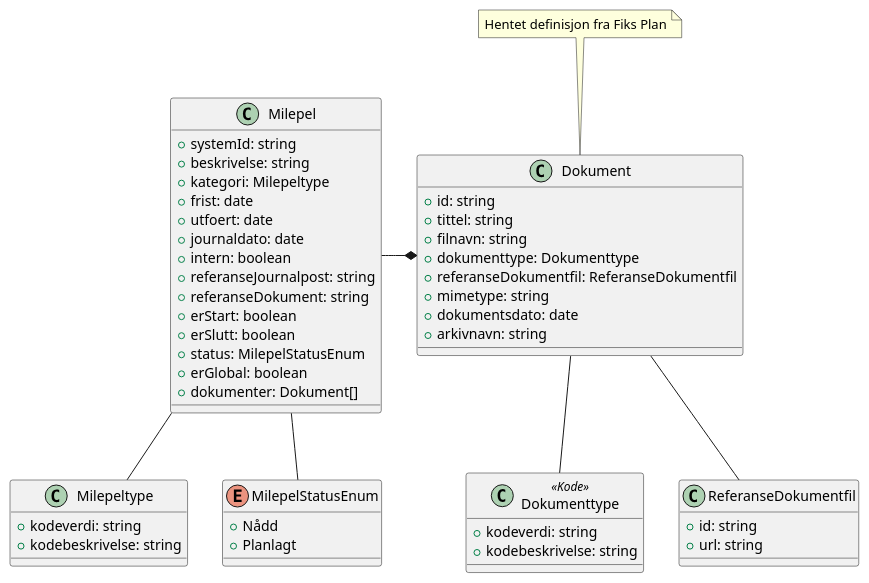
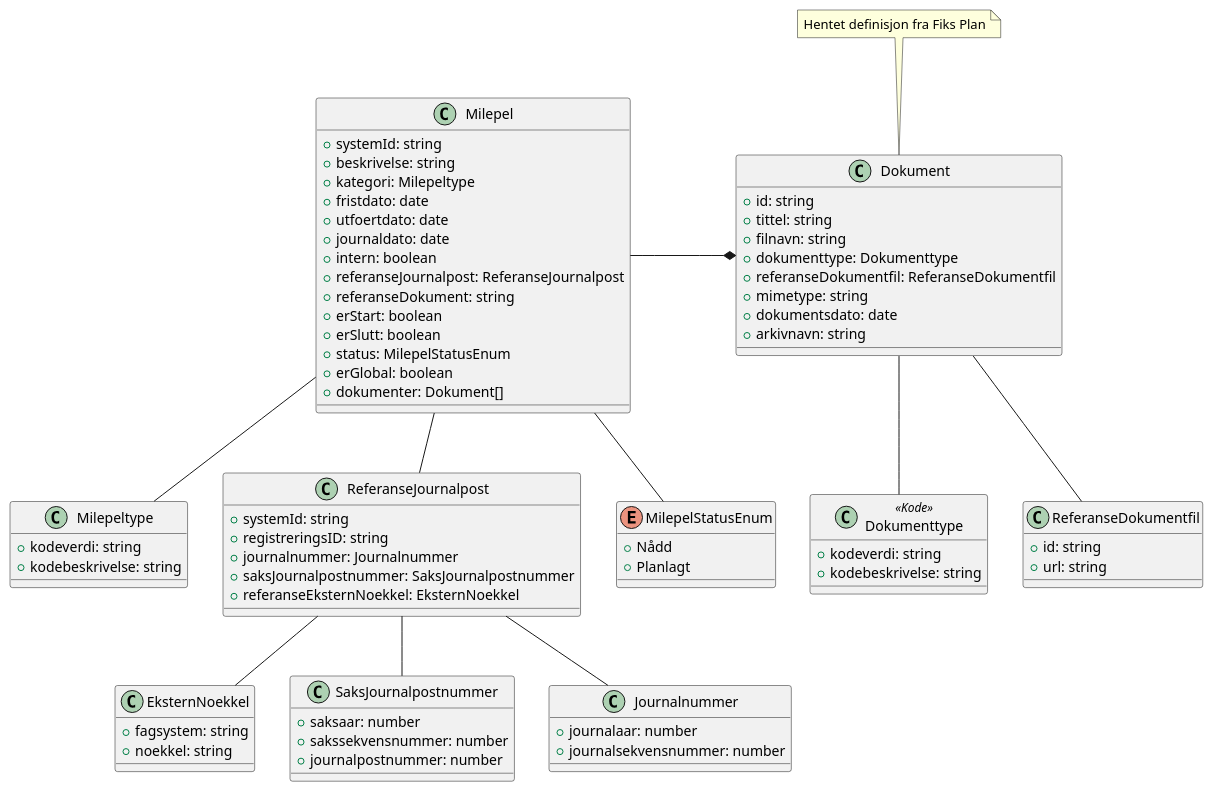
The diagram in Dokumentasjon/V1/ClassDiagrams/no.ks.fiks.saksfaser.v1.felles.milepel/classdiagram.pu (ks-no/fiks-saksfaser-specification), drawn with PlantUML before and after one commit. The commit also changed 14 other files, not shown here.

```diff
--- a/Dokumentasjon/V1/ClassDiagrams/no.ks.fiks.saksfaser.v1.felles.milepel/classdiagram.pu
+++ b/Dokumentasjon/V1/ClassDiagrams/no.ks.fiks.saksfaser.v1.felles.milepel/classdiagram.pu
@@ -1,63 +1,92 @@
 @startuml
 
 class Milepel {
     +systemId: string
     +beskrivelse: string
     +kategori: Milepeltype
-    +frist: date
-    +utfoert: date
+    +fristdato: date
+    +utfoertdato: date
     +journaldato: date
     +intern: boolean
-    +referanseJournalpost: string
+    +referanseJournalpost: ReferanseJournalpost
     +referanseDokument: string
     +erStart: boolean
     +erSlutt: boolean
     +status: MilepelStatusEnum
     +erGlobal: boolean
     +dokumenter: Dokument[]
 }
 
 Milepel -- Milepeltype
 
 class Milepeltype {
     +kodeverdi: string
     +kodebeskrivelse: string
 }
 
+Milepel -- ReferanseJournalpost
+
+class ReferanseJournalpost {
+    +systemId: string
+    +registreringsID: string
+    +journalnummer: Journalnummer
+    +saksJournalpostnummer: SaksJournalpostnummer
+    +referanseEksternNoekkel: EksternNoekkel
+}
+
 Milepel -- MilepelStatusEnum
 Milepel -* Dokument
+ReferanseJournalpost -- EksternNoekkel
+ReferanseJournalpost -- SaksJournalpostnummer
+ReferanseJournalpost -- Journalnummer
+
+class SaksJournalpostnummer {
+    +saksaar: number
+    +sakssekvensnummer: number
+    +journalpostnummer: number
+}
+
+class Journalnummer {
+    +journalaar: number
+    +journalsekvensnummer: number
+}
+
+class EksternNoekkel {
+    +fagsystem: string
+    +noekkel: string
+}
 
 enum MilepelStatusEnum {
     +Nådd
     +Planlagt
 }
 
 
 class Dokument {
     +id: string
     +tittel: string
     +filnavn: string
     +dokumenttype: Dokumenttype
     +referanseDokumentfil: ReferanseDokumentfil
     +mimetype: string
     +dokumentsdato: date
     +arkivnavn: string
 }
 
 note top of Dokument : Hentet definisjon fra Fiks Plan
 
 Dokument -- Dokumenttype
 Dokument -- ReferanseDokumentfil
 
 class Dokumenttype <<Kode>> {
     +kodeverdi: string
     +kodebeskrivelse: string
 }
 
 class ReferanseDokumentfil {
     +id: string
     +url: string
 }
 
 
 @enduml
```
